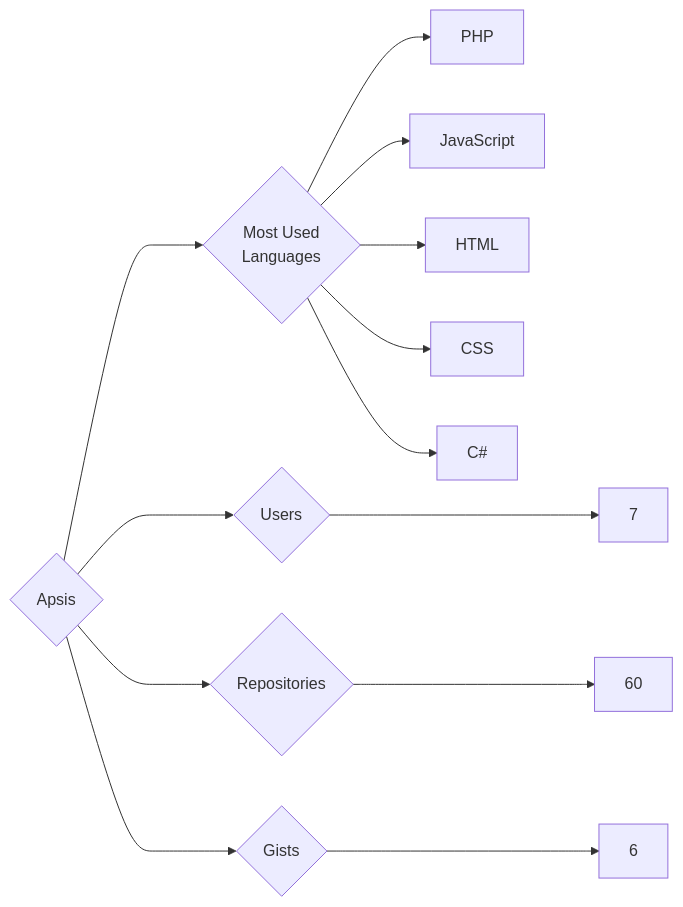
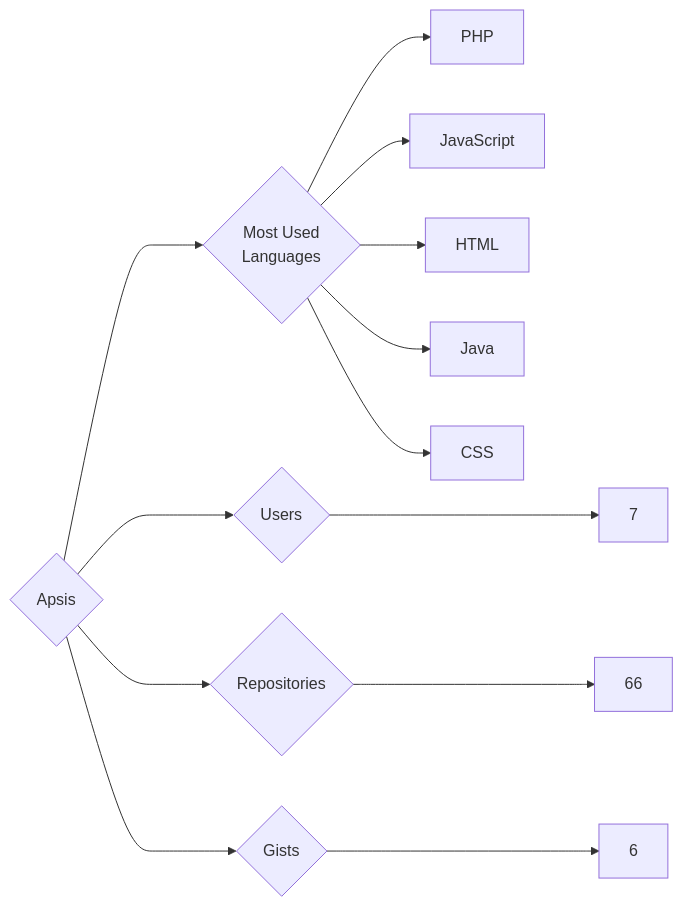
One commit to trickest/insiders changed the diagram in targets/Apsis/README.md. Above: the diagram before and after it, drawn with Mermaid. The commit also changed 933 other files, not shown here.

````diff
--- a/targets/Apsis/README.md
+++ b/targets/Apsis/README.md
@@ -3,13 +3,13 @@
 ```mermaid
 graph LR
 COMPANY_NAME{Apsis}
 COMPANY_NAME ---> U{Users} ---> UN[7]
-COMPANY_NAME ---> R{Repositories} ---> RN[60]
+COMPANY_NAME ---> R{Repositories} ---> RN[66]
 COMPANY_NAME ---> G{Gists} ---> GN[6]
 COMPANY_NAME ---> ML{Most Used<br>Languages}
 ML --> PHP[PHP]
 ML --> JavaScript[JavaScript]
 ML --> HTML[HTML]
+ML --> Java[Java]
 ML --> CSS[CSS]
-ML --> C#[C#]
 ```
````
